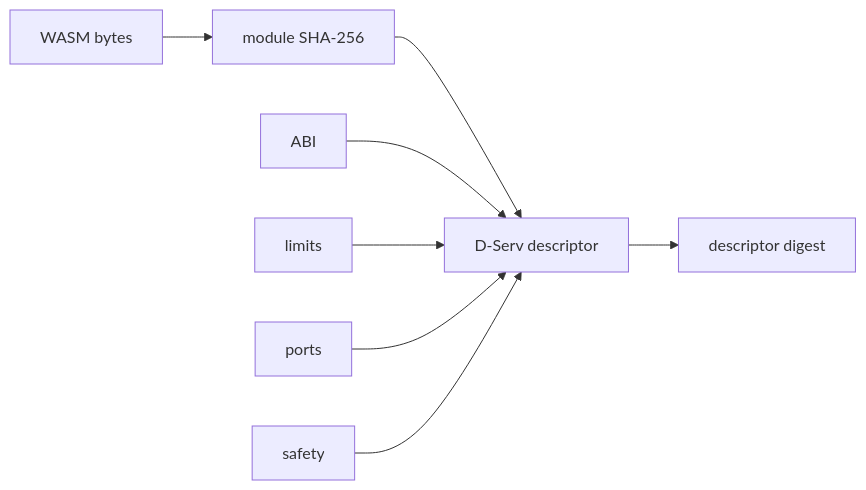
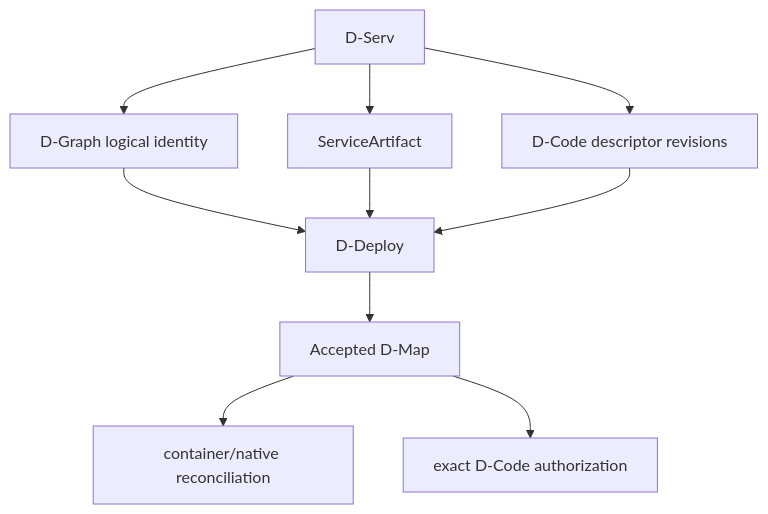
Before and after one commit to dnredson/datum-docs: the second of 2 diagrams in docs/tutorials/artifacts.md, drawn with Mermaid. The commit also changed other lines of this file, not shown here.

Commit message:
docs: rewrite artifact tutorial for DATUM v1

````diff
--- a/docs/tutorials/artifacts.md
+++ b/docs/tutorials/artifacts.md
@@ -204,10 +172,12 @@
 ```mermaid
-flowchart LR
-    B["WASM bytes"] --> M["module SHA-256"]
-    M --> D["D-Serv descriptor"]
-    ABI["ABI"] --> D
-    LIM["limits"] --> D
-    PORT["ports"] --> D
-    SAFE["safety"] --> D
-    D --> DD["descriptor digest"]
+flowchart TB
+    DS["D-Serv"] --> G["D-Graph logical identity"]
+    DS --> SA["ServiceArtifact"]
+    DS --> DA["D-Code descriptor revisions"]
+    G --> DD["D-Deploy"]
+    SA --> DD
+    DA --> DD
+    DD --> M["Accepted D-Map"]
+    M --> OP["container/native reconciliation"]
+    M --> DC["exact D-Code authorization"]
 ```
````
